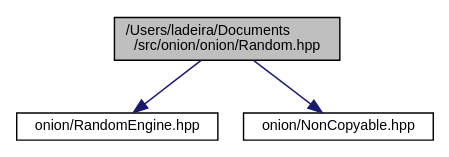
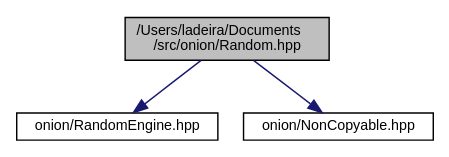
One commit to OnionFramework/OnionFramework.github.io changed the diagram in _random_8hpp__incl.dot. Above: the diagram before and after it, drawn with Graphviz. The commit also changed 233 other files, not shown here.

```diff
--- a/_random_8hpp__incl.dot
+++ b/_random_8hpp__incl.dot
@@ -1,11 +1,11 @@
-digraph "/Users/ladeira/Documents/src/onion/onion/Random.hpp"
+digraph "/Users/ladeira/Documents/src/onion/Random.hpp"
 {
  // LATEX_PDF_SIZE
   edge [fontname="Helvetica",fontsize="10",labelfontname="Helvetica",labelfontsize="10"];
   node [fontname="Helvetica",fontsize="10",shape=record];
-  Node1 [label="/Users/ladeira/Documents\l/src/onion/onion/Random.hpp",height=0.2,width=0.4,color="black", fillcolor="grey75", style="filled", fontcolor="black",tooltip="This header introduces the random number generation (RNG) facilities of the Onion Framework."];
+  Node1 [label="/Users/ladeira/Documents\l/src/onion/Random.hpp",height=0.2,width=0.4,color="black", fillcolor="grey75", style="filled", fontcolor="black",tooltip="This header introduces the random number generation (RNG) facilities of the Onion Framework."];
   Node1 -> Node2 [color="midnightblue",fontsize="10",style="solid",fontname="Helvetica"];
   Node2 [label="onion/RandomEngine.hpp",height=0.2,width=0.4,color="black", fillcolor="white", style="filled",URL="$_random_engine_8hpp.html",tooltip="Declaration of the RandomEngine interface."];
   Node1 -> Node3 [color="midnightblue",fontsize="10",style="solid",fontname="Helvetica"];
   Node3 [label="onion/NonCopyable.hpp",height=0.2,width=0.4,color="black", fillcolor="white", style="filled",URL="$_non_copyable_8hpp.html",tooltip="Contains the declaration of the NonCopyable class."];
 }
```
